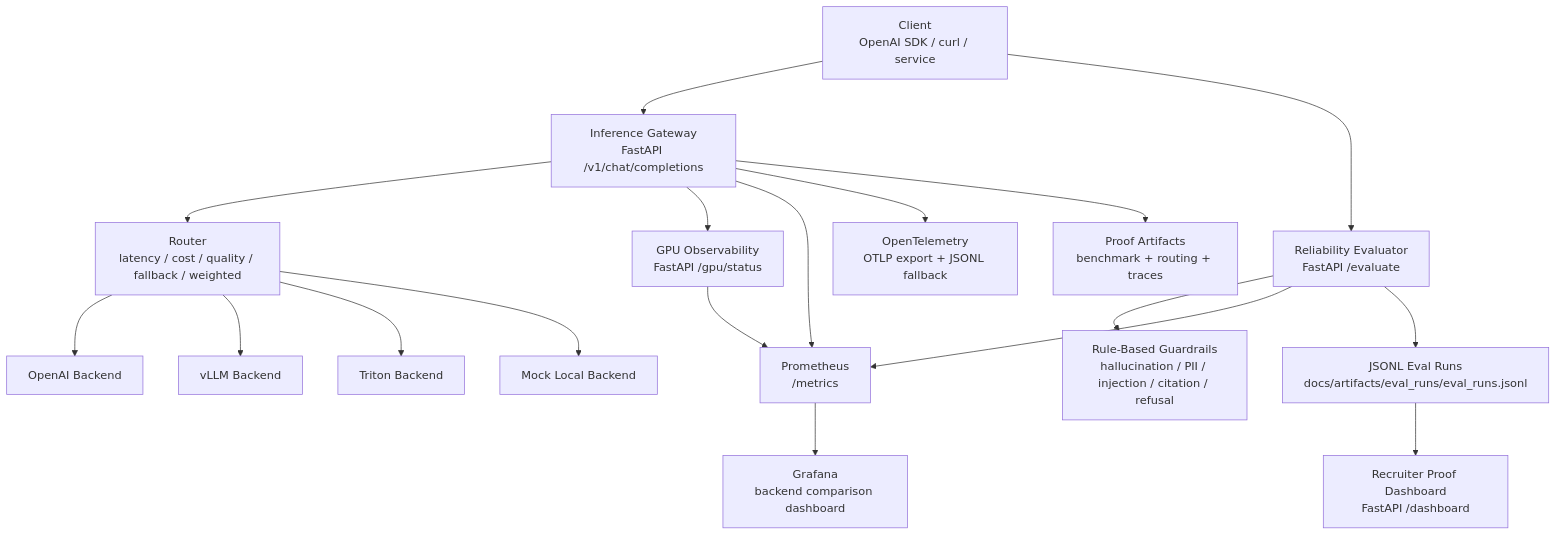
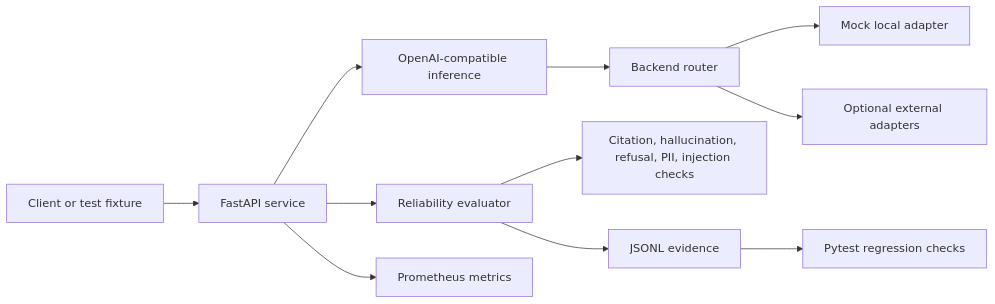
The diagram in README.md (Electricpaper77/ai-rag-eval-platform), drawn with Mermaid before and after one commit. The commit also changed other lines of this file and 19 other files, not shown here.

Commit message:
docs: polish recruiter-facing proof copy

````diff
--- a/README.md
+++ b/README.md
@@ -259,20 +122,13 @@
 ```mermaid
-flowchart TD
-    Client["Client<br/>OpenAI SDK / curl / service"] --> Gateway["Inference Gateway<br/>FastAPI /v1/chat/completions"]
-    Client --> Evaluator["Reliability Evaluator<br/>FastAPI /evaluate"]
-    Gateway --> Router["Router<br/>latency / cost / quality / fallback / weighted"]
-    Router --> OpenAI["OpenAI Backend"]
-    Router --> VLLM["vLLM Backend"]
-    Router --> Triton["Triton Backend"]
-    Router --> Mock["Mock Local Backend"]
-    Evaluator --> Rules["Rule-Based Guardrails<br/>hallucination / PII / injection / citation / refusal"]
-    Gateway --> GPUStatus["GPU Observability<br/>FastAPI /gpu/status"]
-    Gateway --> Prometheus["Prometheus<br/>/metrics"]
-    Evaluator --> Prometheus
-    GPUStatus --> Prometheus
-    Prometheus --> Grafana["Grafana<br/>backend comparison dashboard"]
-    Gateway --> OTel["OpenTelemetry<br/>OTLP export + JSONL fallback"]
-    Evaluator --> EvalLogs["JSONL Eval Runs<br/>docs/artifacts/eval_runs/eval_runs.jsonl"]
-    EvalLogs --> Dashboard["Recruiter Proof Dashboard<br/>FastAPI /dashboard"]
-    Gateway --> Artifacts["Proof Artifacts<br/>benchmark + routing + traces"]
+flowchart LR
+    Client["Client or test fixture"] --> API["FastAPI service"]
+    API --> Inference["OpenAI-compatible inference"]
+    API --> Evaluator["Reliability evaluator"]
+    Inference --> Router["Backend router"]
+    Router --> Mock["Mock local adapter"]
+    Router --> External["Optional external adapters"]
+    Evaluator --> Rules["Citation, hallucination, refusal, PII, injection checks"]
+    Evaluator --> JSONL["JSONL evidence"]
+    API --> Metrics["Prometheus metrics"]
+    JSONL --> Tests["Pytest regression checks"]
 ```
````
